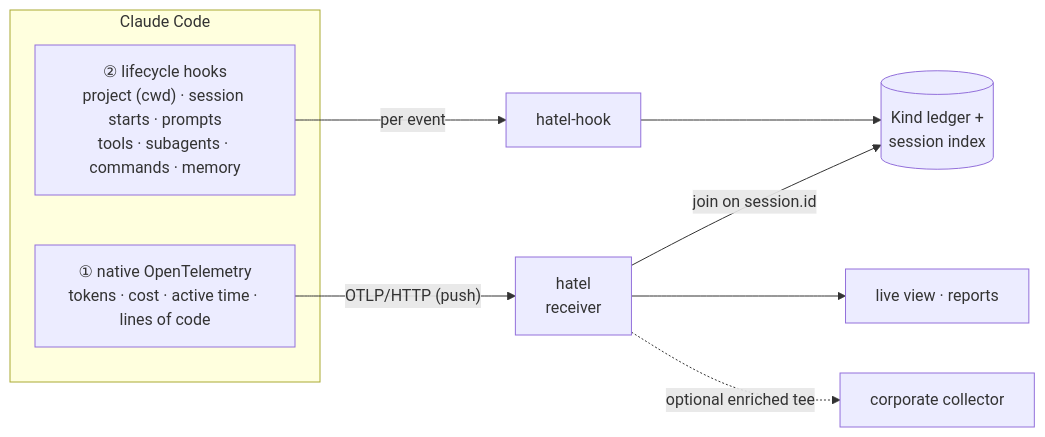
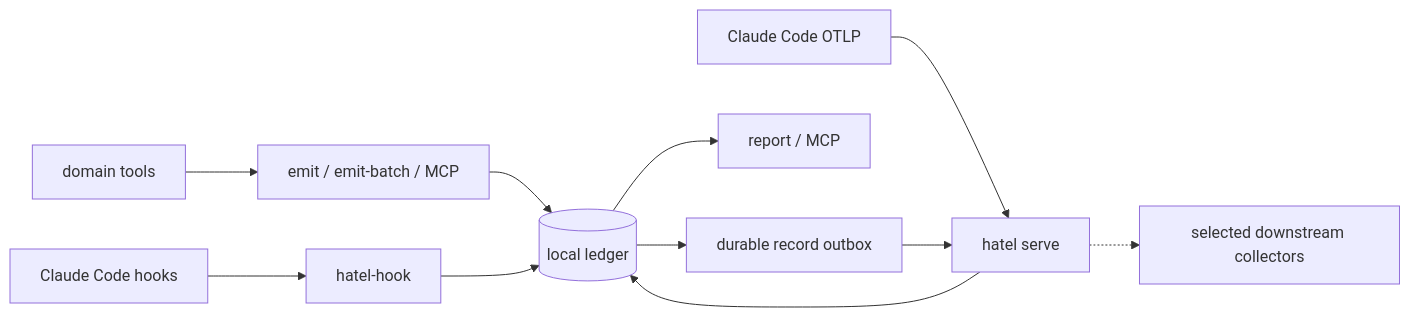
The diagram in README.en.md (junyeong-ai/hatel), drawn with Mermaid before and after one commit. The commit also changed other lines of this file and 7 other files, not shown here.

````diff
--- a/README.en.md
+++ b/README.en.md
@@ -37,13 +22,13 @@
 ```mermaid
 flowchart LR
-  subgraph CC["Claude Code"]
-    M["① native OpenTelemetry<br/>tokens · cost · active time · lines of code"]
-    H["② lifecycle hooks<br/>project (cwd) · session starts · prompts<br/>tools · subagents · commands · memory"]
-  end
-  M -->|"OTLP/HTTP (push)"| R["hatel<br/>receiver"]
-  H -->|"per event"| K["hatel-hook"]
-  K --> IDX[("Kind ledger +<br/>session index")]
-  R -->|"join on session.id"| IDX
-  R --> OUT["live view · reports"]
-  R -.->|"optional enriched tee"| CORP["corporate collector"]
+  D["domain tools"] --> W["emit / emit-batch / MCP"]
+  H["Claude Code hooks"] --> K["hatel-hook"]
+  W --> L[("local ledger")]
+  K --> L
+  C["Claude Code OTLP"] --> R["hatel serve"]
+  R --> L
+  L --> Q["report / MCP"]
+  L --> O["durable record outbox"]
+  O --> R
+  R -.-> T["selected downstream collectors"]
 ```
````
